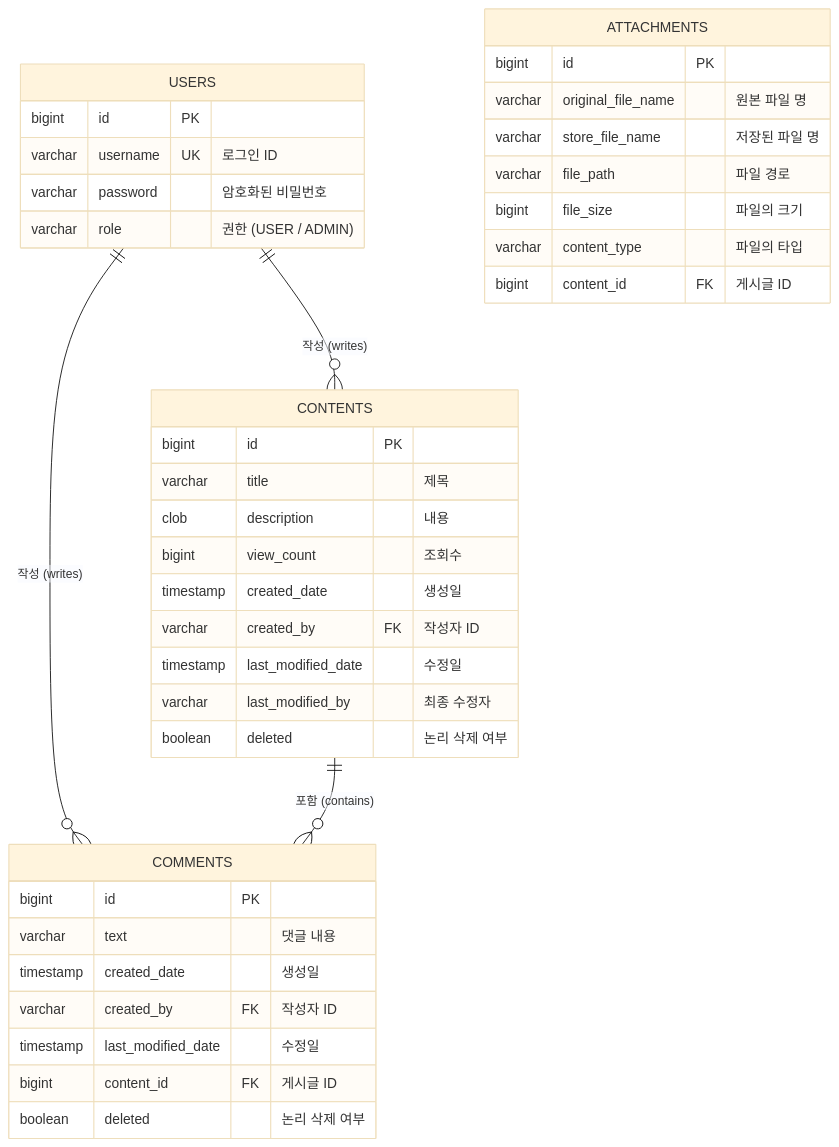
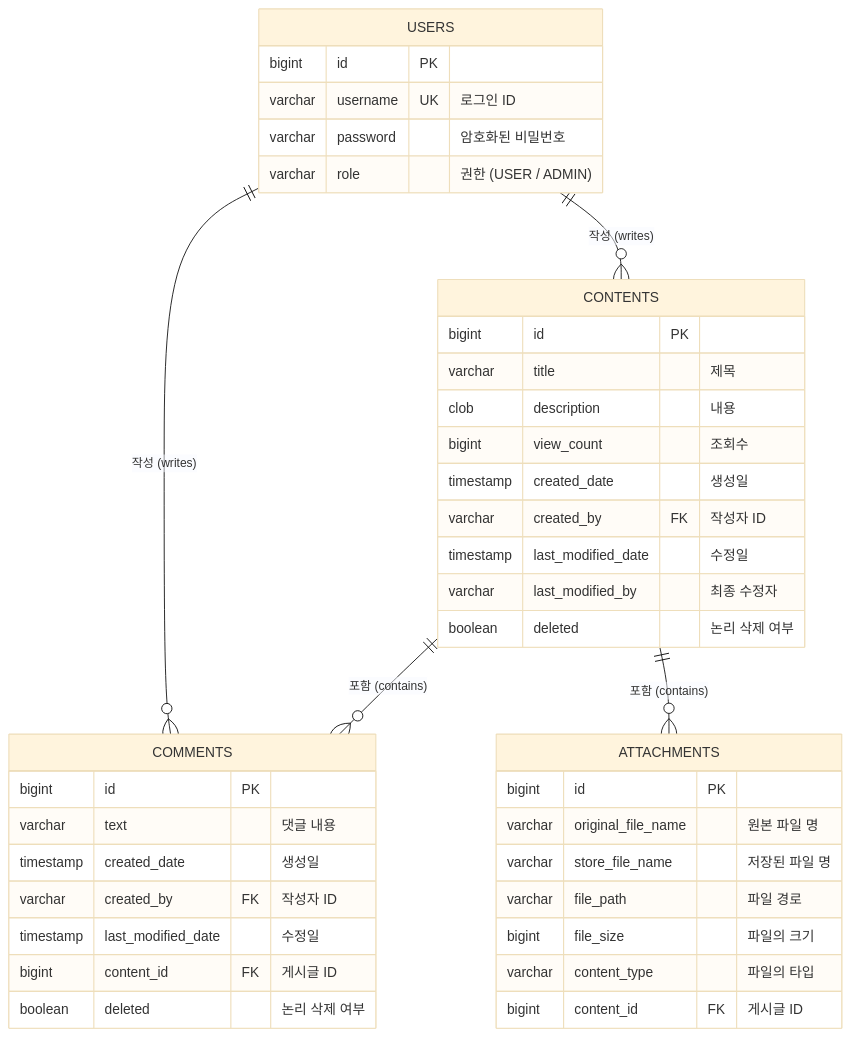
One commit to Yongseok-2/MALGN_test changed the diagram in README.md. Above: the diagram before and after it, drawn with Mermaid (base theme).

````diff
--- a/README.md
+++ b/README.md
@@ -19,45 +19,46 @@
 ```mermaid
 erDiagram
     USERS ||--o{ CONTENTS : "작성 (writes)"
     USERS ||--o{ COMMENTS : "작성 (writes)"
     CONTENTS ||--o{ COMMENTS : "포함 (contains)"
+    CONTENTS ||--o{ ATTACHMENTS : "포함 (contains)"
 
     USERS {
         bigint id PK
         varchar username UK "로그인 ID"
         varchar password "암호화된 비밀번호"
         varchar role "권한 (USER / ADMIN)"
     }
 
     CONTENTS {
         bigint id PK
         varchar title "제목"
         clob description "내용"
         bigint view_count "조회수"
         timestamp created_date "생성일"
         varchar created_by FK "작성자 ID"
         timestamp last_modified_date "수정일"
         varchar last_modified_by "최종 수정자"
         boolean deleted "논리 삭제 여부"
     }
 
     COMMENTS {
         bigint id PK
         varchar text "댓글 내용"
         timestamp created_date "생성일"
         varchar created_by FK "작성자 ID"
         timestamp last_modified_date "수정일"
         bigint content_id FK "게시글 ID"
         boolean deleted "논리 삭제 여부"
     }
 
     ATTACHMENTS {
             bigint id PK
             varchar original_file_name "원본 파일 명"
             varchar store_file_name "저장된 파일 명"
             varchar file_path "파일 경로"
             bigint file_size "파일의 크기"
             varchar content_type "파일의 타입"
             bigint content_id FK "게시글 ID"
         }
 ```
````
